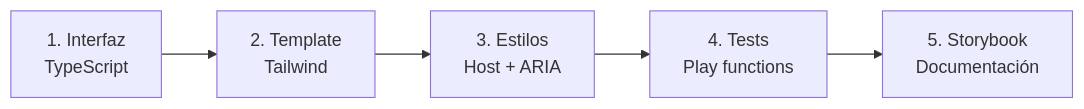
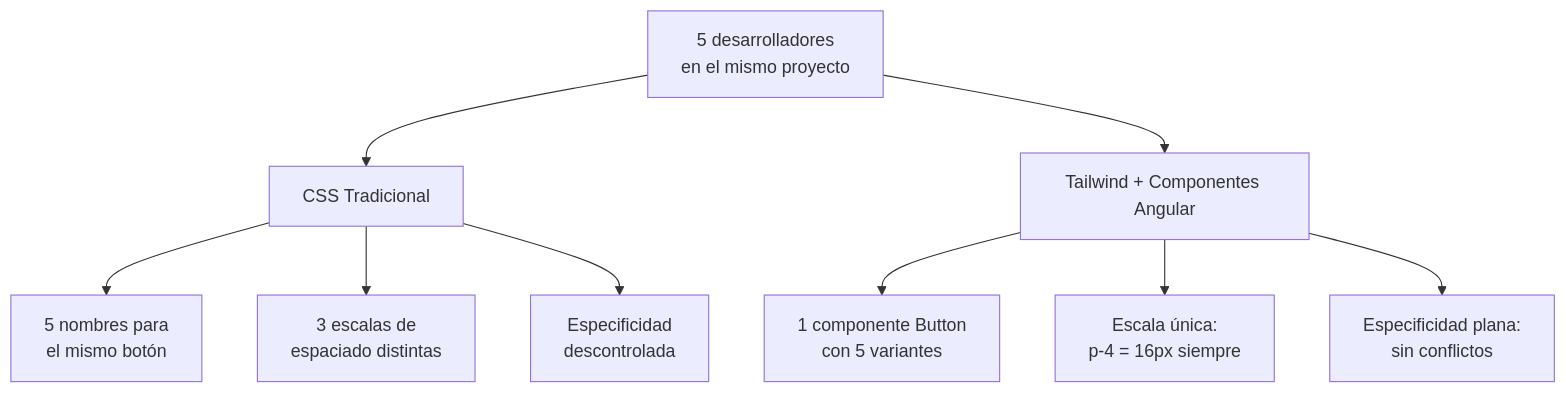
Before and after one commit to Jose-Quesada/presentacion-desarrollo-interfaces-26-27: the first of 2 diagrams in unidad-07.md, drawn with Mermaid. The commit also changed other lines of this file and 52 other files, not shown here.

````diff
--- a/unidad-07.md
+++ b/unidad-07.md
@@ -640,7 +33,11 @@
-```mermaid
-graph LR
-    A[1. Interfaz<br/>TypeScript] --> B[2. Template<br/>Tailwind]
-    B --> C[3. Estilos<br/>Host + ARIA]
-    C --> D[4. Tests<br/>Play functions]
-    D --> E[5. Storybook<br/>Documentación]
-```
+<div class="mermaid">
+graph TD
+    A[5 desarrolladores<br/>en el mismo proyecto] --> B[CSS Tradicional]
+    A --> C[Tailwind + Componentes Angular]
+    B --> B1[5 nombres para<br/>el mismo botón]
+    B --> B2[3 escalas de<br/>espaciado distintas]
+    B --> B3[Especificidad<br/>descontrolada]
+    C --> C1[1 componente Button<br/>con 5 variantes]
+    C --> C2[Escala única:<br/>p-4 = 16px siempre]
+    C --> C3[Especificidad plana:<br/>sin conflictos]
+</div>
````
